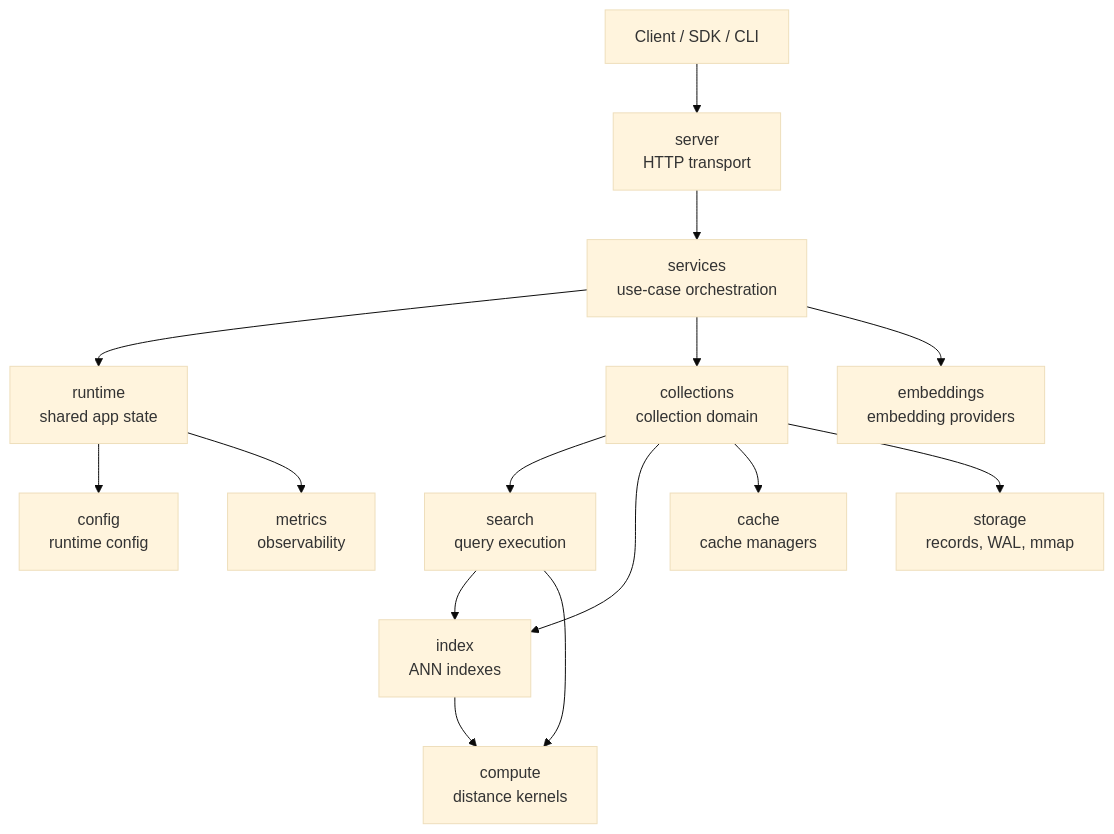
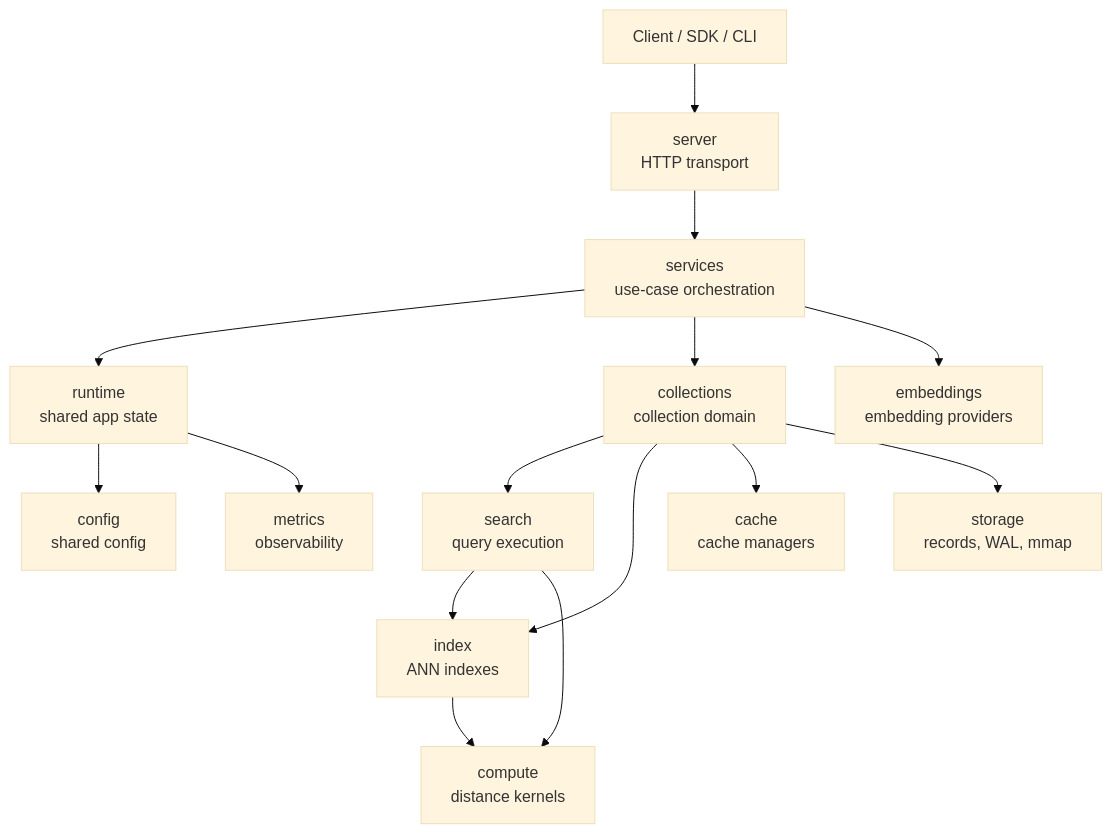
Before and after one commit to ashworks1706/piramid: the first of 7 diagrams in docs/architecture.md, drawn with Mermaid (base theme). The commit also changed other lines of this file and 8 other files, not shown here.

Commit message:
architecture docs added

````diff
--- a/docs/architecture.md
+++ b/docs/architecture.md
@@ -11,31 +11,31 @@
 ```mermaid
 flowchart TD
     Client[Client / SDK / CLI]
     Server[server<br/>HTTP transport]
     Services[services<br/>use-case orchestration]
     Runtime[runtime<br/>shared app state]
     Collections[collections<br/>collection domain]
     Search[search<br/>query execution]
     Index[index<br/>ANN indexes]
     Compute[compute<br/>distance kernels]
     Cache[cache<br/>cache managers]
     Storage[storage<br/>records, WAL, mmap]
     Embeddings[embeddings<br/>embedding providers]
     Metrics[metrics<br/>observability]
-    Config[config<br/>runtime config]
+    Config[config<br/>shared config]
 
     Client --> Server
     Server --> Services
     Services --> Runtime
     Services --> Collections
     Services --> Embeddings
     Collections --> Search
     Collections --> Index
     Collections --> Cache
     Collections --> Storage
     Search --> Index
     Search --> Compute
     Index --> Compute
     Runtime --> Config
     Runtime --> Metrics
 ```
````
